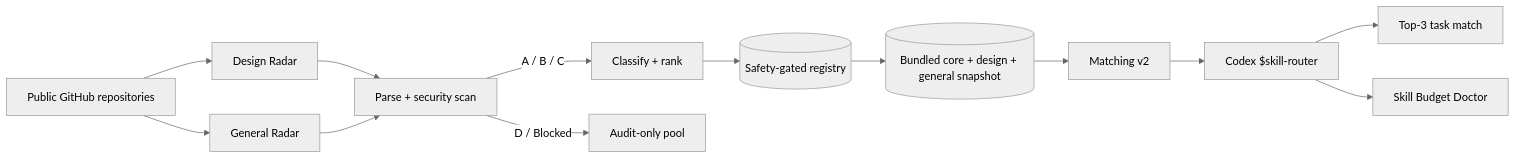
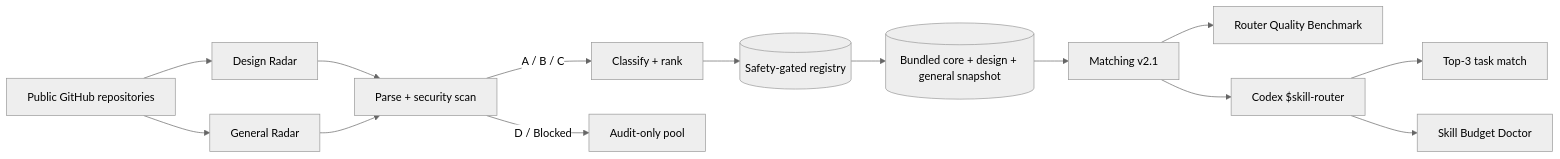
The diagram in README.md (changchangidea-oss/SkillRadar), drawn with Mermaid (neutral theme) before and after one commit. The commit also changed other lines of this file, not shown here.

Commit message:
docs(v0.5): update README for measurable routing quality

````diff
--- a/README.md
+++ b/README.md
@@ -127,15 +151,16 @@
 ```mermaid
 flowchart LR
   GH[Public GitHub repositories] --> DR[Design Radar]
   GH --> GR[General Radar]
   DR --> S[Parse + security scan]
   GR --> S
   S -->|A / B / C| R[Classify + rank]
   S -->|D / Blocked| A[Audit-only pool]
   R --> REG[(Safety-gated registry)]
   REG --> SNAP[(Bundled core + design + general snapshot)]
-  SNAP --> M[Matching v2]
+  SNAP --> M[Matching v2.1]
+  M --> Q[Router Quality Benchmark]
   M --> CODEX[Codex $skill-router]
   CODEX --> T[Top-3 task match]
   CODEX --> B[Skill Budget Doctor]
 ```
````
